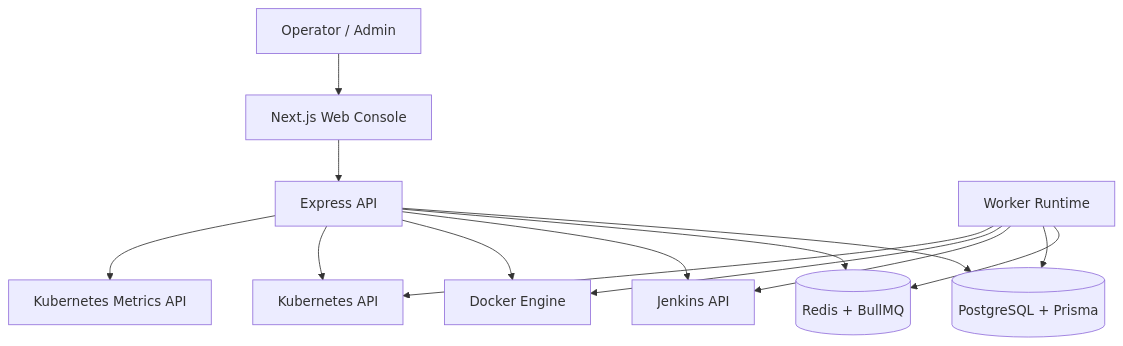
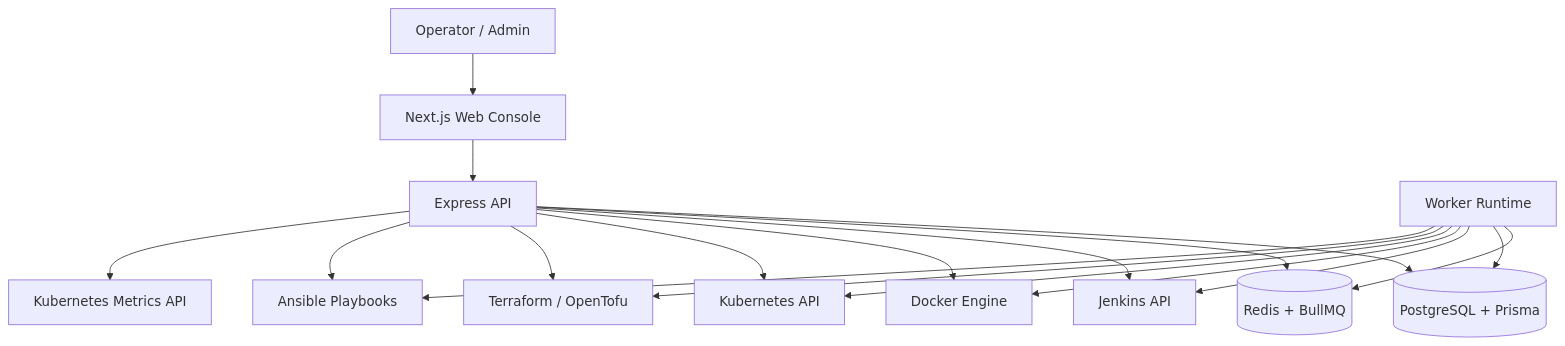
One commit to Pramu55/AutoOps-2.0 changed the first of 3 diagrams in docs/ARCHITECTURE_OVERVIEW.md. Above: the diagram before and after it, drawn with Mermaid. The commit also changed other lines of this file and 46 other files, not shown here.

````diff
--- a/docs/ARCHITECTURE_OVERVIEW.md
+++ b/docs/ARCHITECTURE_OVERVIEW.md
@@ -32,16 +32,20 @@
 ```mermaid
 flowchart TD
   User["Operator / Admin"] --> Web["Next.js Web Console"]
   Web --> API["Express API"]
   API --> DB[("PostgreSQL + Prisma")]
   API --> Redis[("Redis + BullMQ")]
   Worker["Worker Runtime"] --> Redis
   Worker --> DB
   Worker --> Jenkins["Jenkins API"]
   Worker --> Docker["Docker Engine"]
   Worker --> K8s["Kubernetes API"]
+  Worker --> Terraform["Terraform / OpenTofu"]
+  Worker --> Ansible["Ansible Playbooks"]
   API --> Jenkins
   API --> Docker
   API --> K8s
+  API --> Terraform
+  API --> Ansible
   API --> Metrics["Kubernetes Metrics API"]
 ```
````
